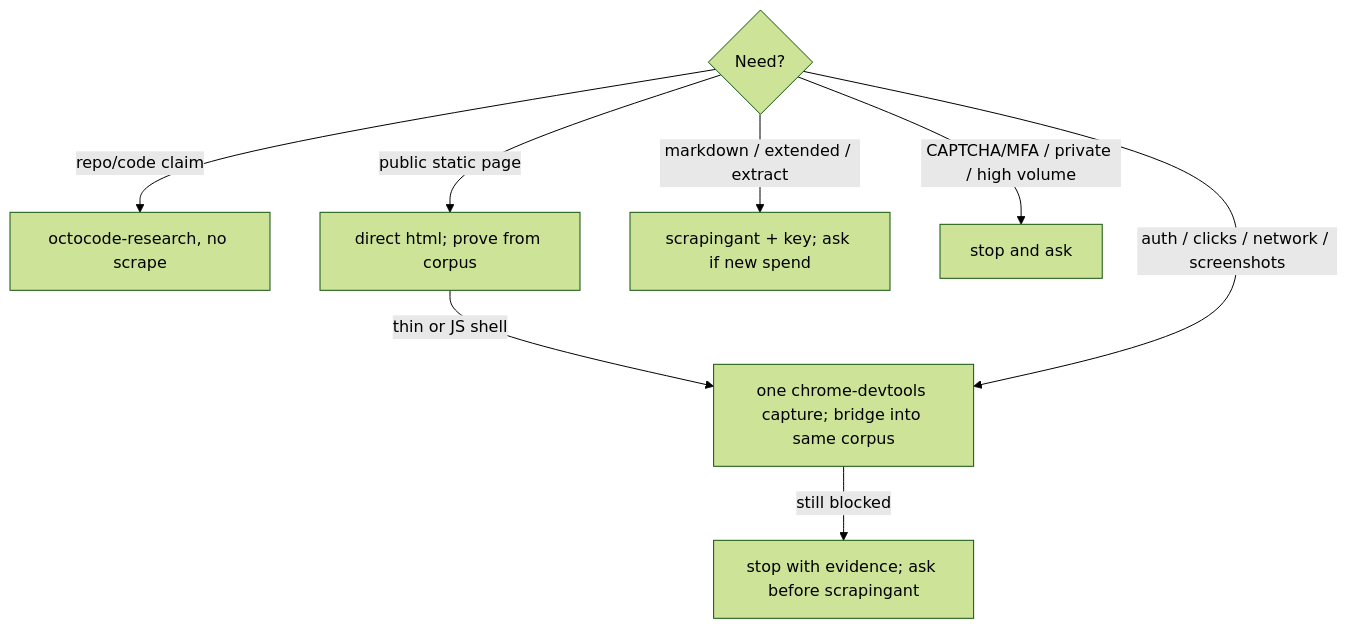
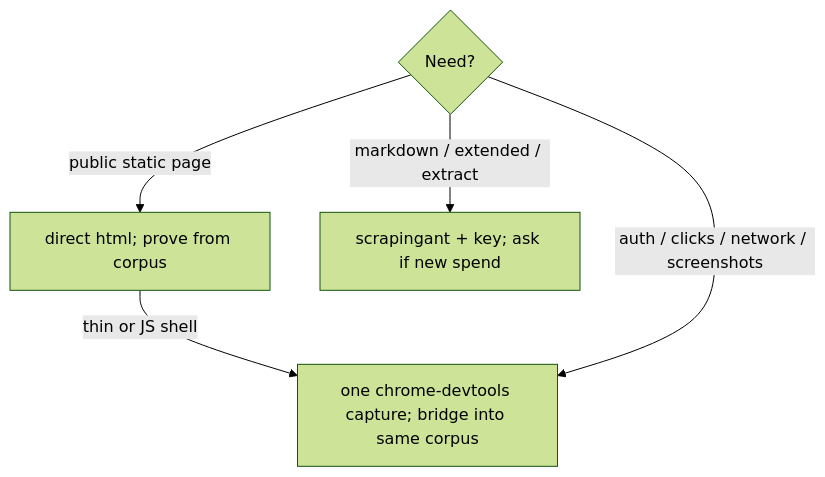
Before and after one commit to bgauryy/octocode: the diagram in skills/octocode-scraping/references/route-selection.md, drawn with Mermaid (forest theme). The commit also changed other lines of this file and 374 other files, not shown here.

````diff
--- a/skills/octocode-scraping/references/route-selection.md
+++ b/skills/octocode-scraping/references/route-selection.md
@@ -13,10 +13,7 @@
 ```mermaid
 flowchart TD
-    Q{Need?} -- repo/code claim --> R[octocode-research, no scrape]
-    Q -- public static page --> D[direct html; prove from corpus]
+    Q{Need?} -- public static page --> D[direct html; prove from corpus]
     D -- thin or JS shell --> C[one chrome-devtools capture; bridge into same corpus]
     Q -- auth / clicks / network / screenshots --> C
-    C -- still blocked --> S[stop with evidence; ask before scrapingant]
     Q -- markdown / extended / extract --> H[scrapingant + key; ask if new spend]
-    Q -- CAPTCHA/MFA / private / high volume --> X[stop and ask]
 ```
````
